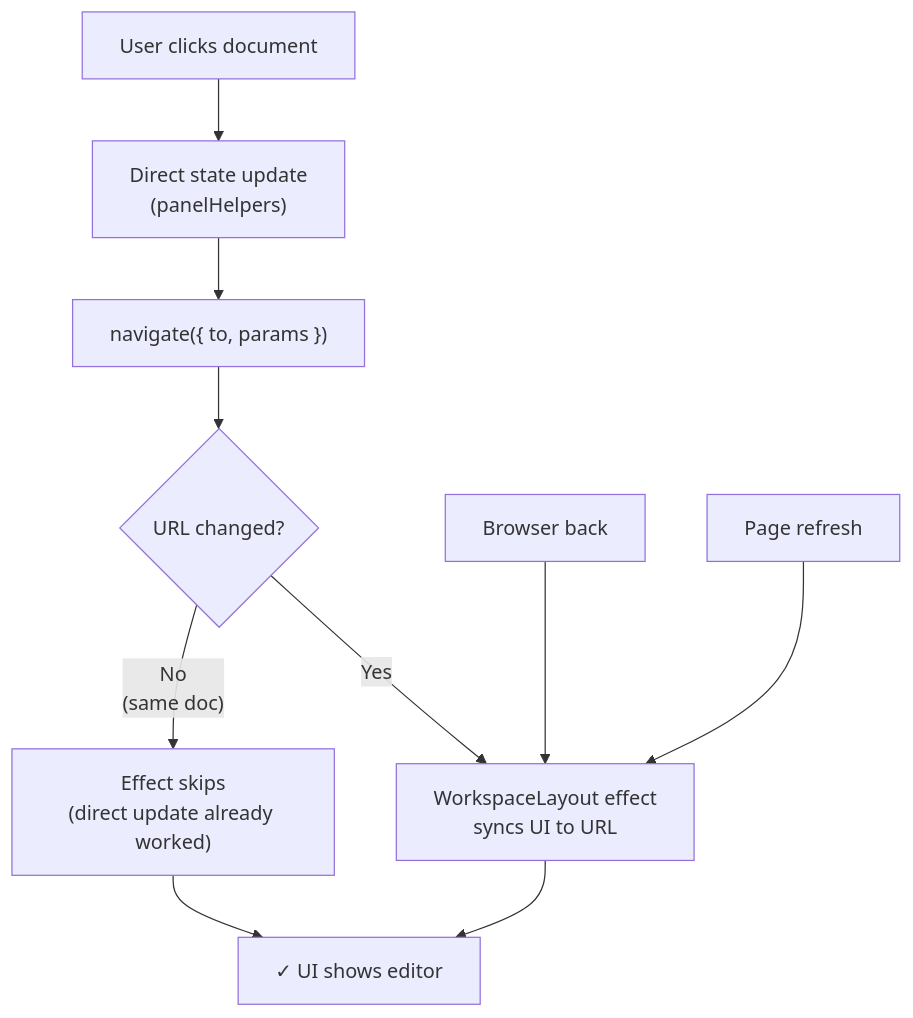
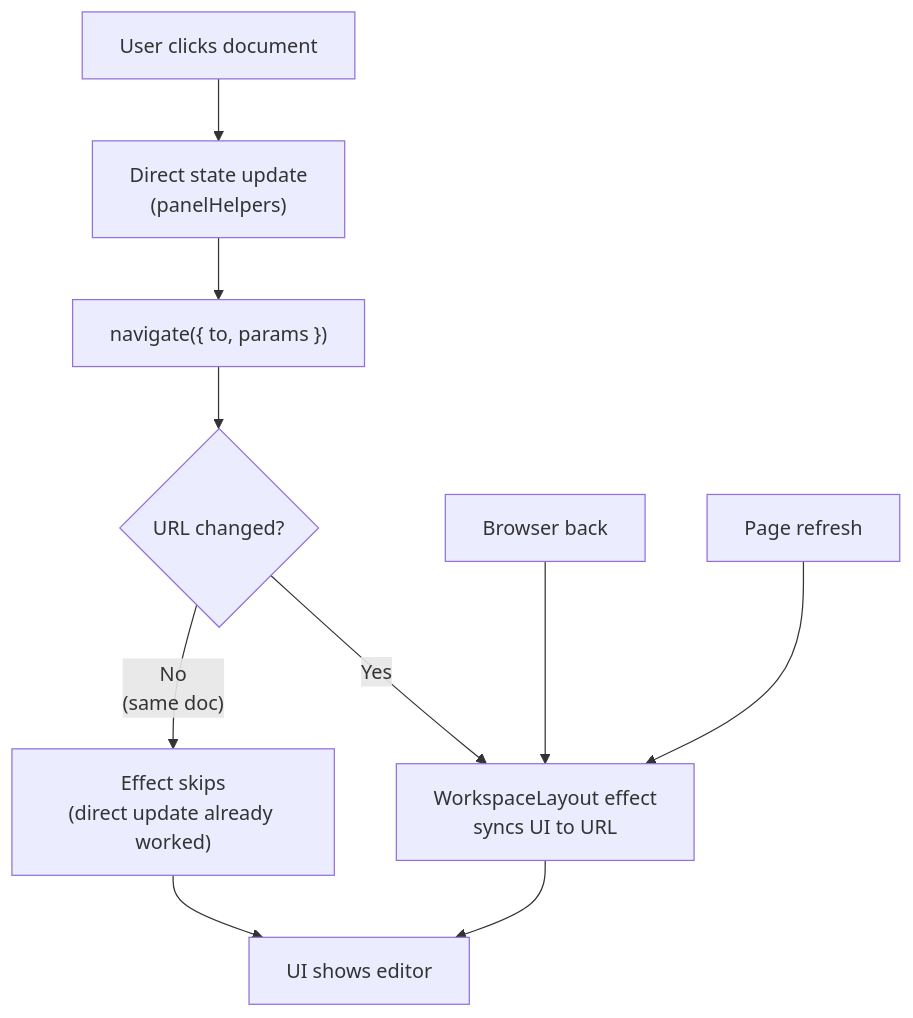
The diagram in _docs/technical/frontend/architecture/navigation-pattern.md (haowjy/meridian-flow), drawn with Mermaid before and after one commit. The commit also changed other lines of this file and 5 other files, not shown here.

First line of the commit message:
docs: slim frontend docs, merge layout-data-flow, fix stale claims

````diff
--- a/_docs/technical/frontend/architecture/navigation-pattern.md
+++ b/_docs/technical/frontend/architecture/navigation-pattern.md
@@ -11,16 +11,16 @@
 ```mermaid
 flowchart TD
     Click["User clicks document"] --> Direct["Direct state update\n(panelHelpers)"]
     Direct --> Router["navigate({ to, params })"]
     Router --> URLChange{"URL changed?"}
 
     URLChange -->|"Yes"| Effect["WorkspaceLayout effect\nsyncs UI to URL"]
     URLChange -->|"No\n(same doc)"| Skip["Effect skips\n(direct update already worked)"]
 
-    Effect --> Done["✓ UI shows editor"]
+    Effect --> Done["UI shows editor"]
     Skip --> Done
 
     Back["Browser back"] --> Effect
     Refresh["Page refresh"] --> Effect
 
 ```
````
